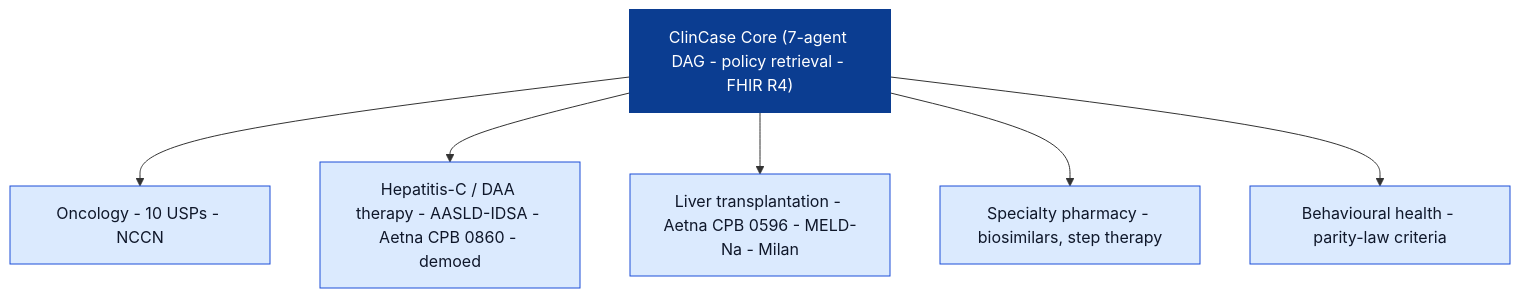
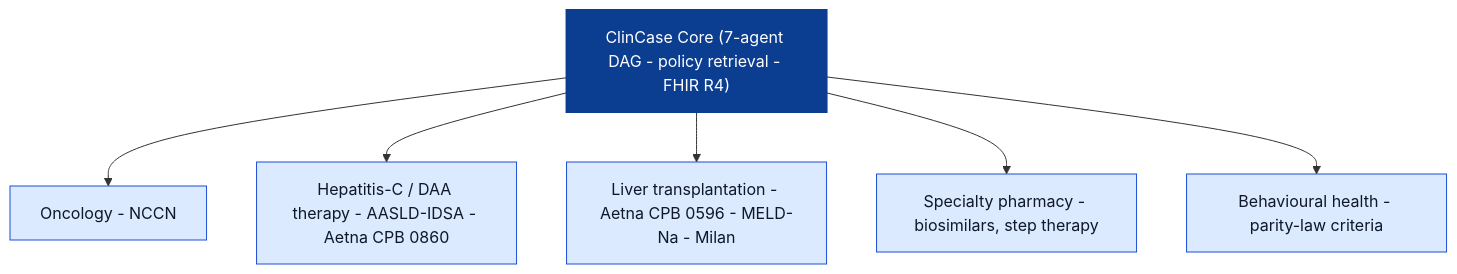
Before and after one commit to victrvondoom/CLINI-CASE: the fourth of 4 diagrams in README.md, drawn with Mermaid. The commit also changed other lines of this file and 1 other file, not shown here.

````diff
--- a/README.md
+++ b/README.md
@@ -307,14 +329,14 @@
 ```mermaid
 flowchart TB
     A["ClinCase Core (7-agent DAG - policy retrieval - FHIR R4)"]:::core
 
-    A --> B1[Oncology - 10 USPs - NCCN]
-    A --> B2[Hepatitis-C / DAA therapy - AASLD-IDSA - Aetna CPB 0860 - demoed]
+    A --> B1[Oncology - NCCN]
+    A --> B2[Hepatitis-C / DAA therapy - AASLD-IDSA - Aetna CPB 0860]
     A --> B3[Liver transplantation - Aetna CPB 0596 - MELD-Na - Milan]
     A --> B4[Specialty pharmacy - biosimilars, step therapy]
     A --> B5[Behavioural health - parity-law criteria]
 
     classDef core fill:#0b3d91,color:#fff,stroke:#0b3d91,stroke-width:2px
     classDef leaf fill:#dbeafe,stroke:#1d4ed8,color:#0f172a
     class B1,B2,B3,B4,B5 leaf
 ```
````
